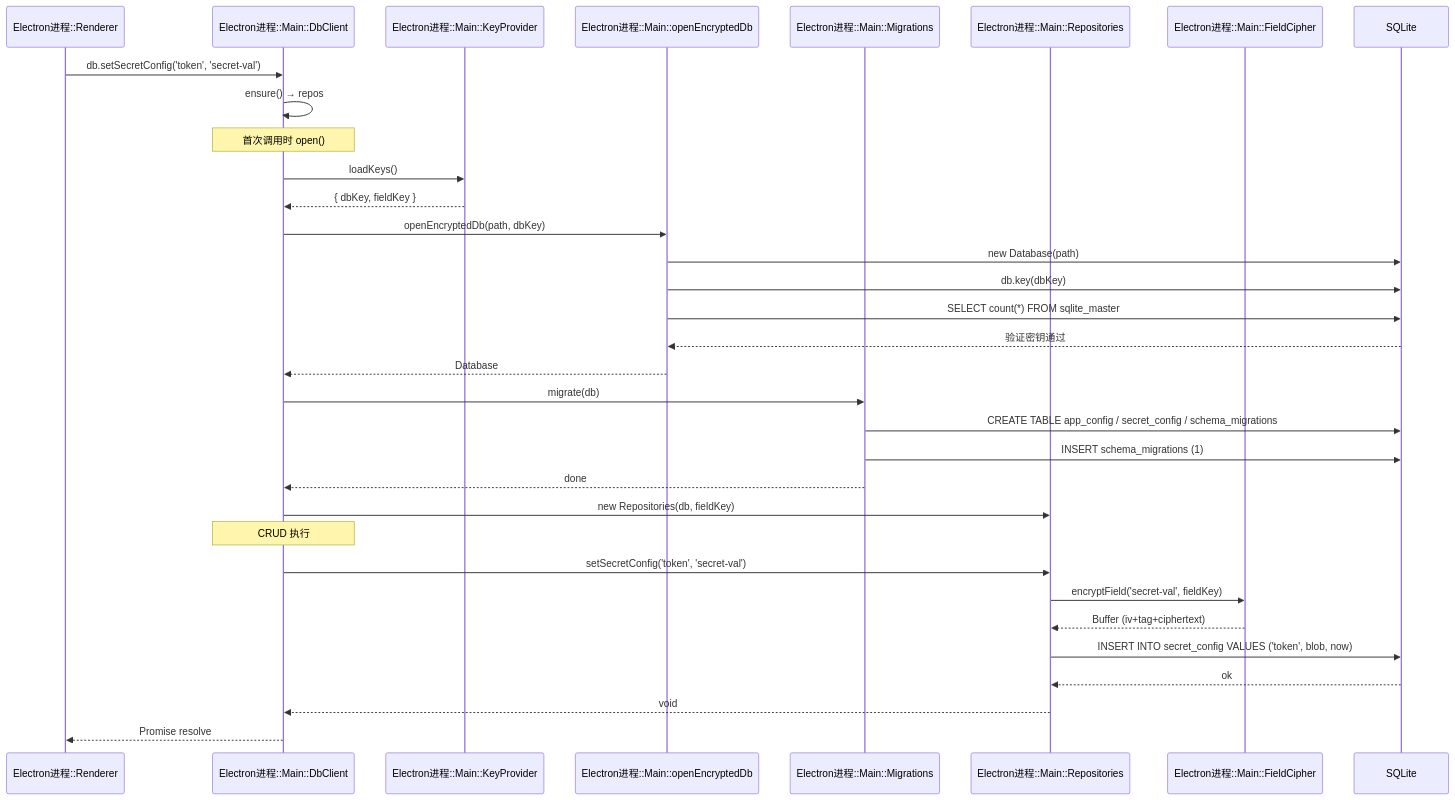
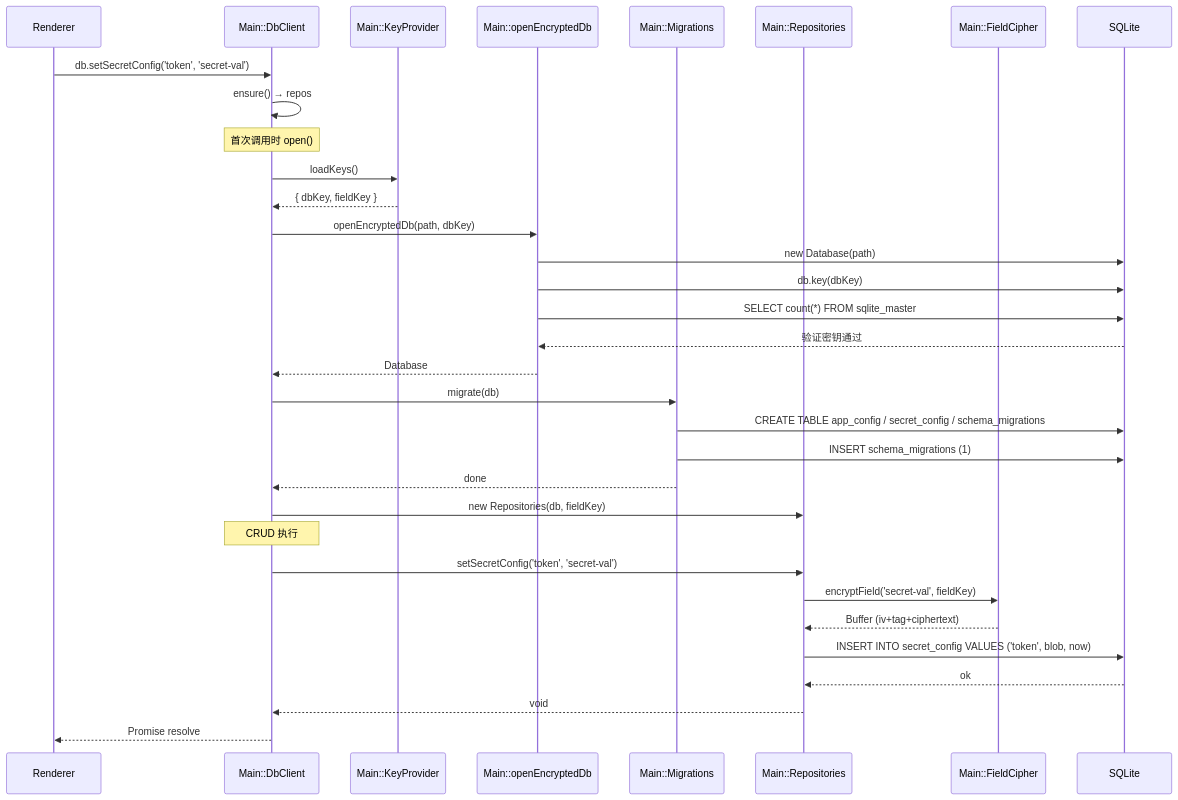
Before and after one commit to lupnfer/vue_with_csdk: the sixth of 12 diagrams in docs/architecture-diagrams.md, drawn with Mermaid. The commit also changed other lines of this file, not shown here.

First line of the commit message:
docs: 时序图 participant 改为进程名::模块名格式

````diff
--- a/docs/architecture-diagrams.md
+++ b/docs/architecture-diagrams.md
@@ -313,40 +313,40 @@
 ```mermaid
 sequenceDiagram
-    participant R as Electron进程::Renderer
-    participant M as Electron进程::Main::DbClient
-    participant K as Electron进程::Main::KeyProvider
-    participant D as Electron进程::Main::openEncryptedDb
-    participant Mig as Electron进程::Main::Migrations
-    participant Repo as Electron进程::Main::Repositories
-    participant FC as Electron进程::Main::FieldCipher
+    participant R as Renderer
+    participant M as Main::DbClient
+    participant K as Main::KeyProvider
+    participant D as Main::openEncryptedDb
+    participant Mig as Main::Migrations
+    participant Repo as Main::Repositories
+    participant FC as Main::FieldCipher
     participant DB as SQLite
 
     R->>M: db.setSecretConfig('token', 'secret-val')
     M->>M: ensure() → repos
 
     Note over M: 首次调用时 open()
     M->>K: loadKeys()
     K-->>M: { dbKey, fieldKey }
     M->>D: openEncryptedDb(path, dbKey)
     D->>DB: new Database(path)
     D->>DB: db.key(dbKey)
     D->>DB: SELECT count(*) FROM sqlite_master
     DB-->>D: 验证密钥通过
     D-->>M: Database
 
     M->>Mig: migrate(db)
     Mig->>DB: CREATE TABLE app_config / secret_config / schema_migrations
     Mig->>DB: INSERT schema_migrations (1)
     Mig-->>M: done
 
     M->>Repo: new Repositories(db, fieldKey)
 
     Note over M: CRUD 执行
     M->>Repo: setSecretConfig('token', 'secret-val')
     Repo->>FC: encryptField('secret-val', fieldKey)
     FC-->>Repo: Buffer (iv+tag+ciphertext)
     Repo->>DB: INSERT INTO secret_config VALUES ('token', blob, now)
     DB-->>Repo: ok
     Repo-->>M: void
     M-->>R: Promise resolve
 ```
````
